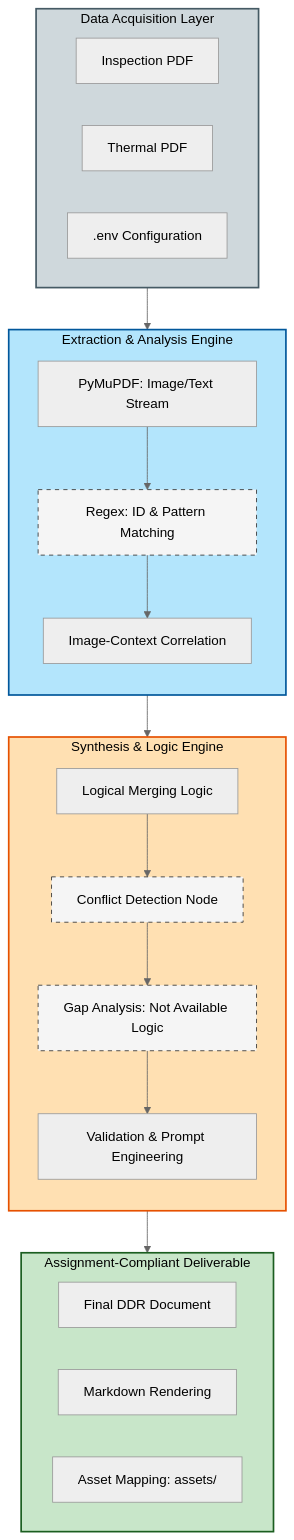
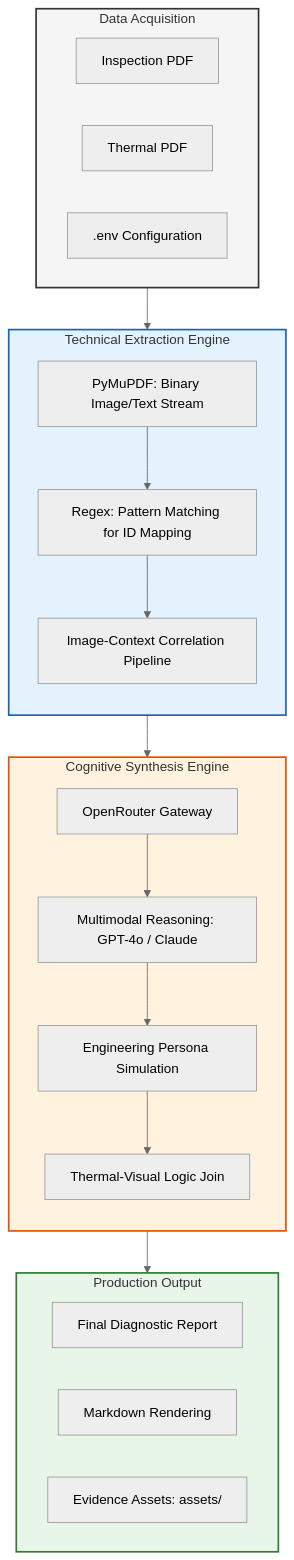
One commit to Aftab0904/Applied-AI-Builder changed the diagram in README.md. Above: the diagram before and after it, drawn with Mermaid (neutral theme). The commit also changed other lines of this file and 2 other files, not shown here.

````diff
--- a/README.md
+++ b/README.md
@@ -9,50 +9,46 @@
 ```mermaid
 graph TD
-    subgraph Input_Layer [Data Acquisition Layer]
+    subgraph Ingestion [Data Acquisition]
         I[Inspection PDF]
         T[Thermal PDF]
         ENV[.env Configuration]
     end
 
-    subgraph Processing_Layer [Extraction & Analysis Engine]
+    subgraph Parsing [Technical Extraction Engine]
         direction TB
-        MUP[PyMuPDF: Image/Text Stream]
-        REG[Regex: ID & Pattern Matching]
-        IMG[Image-Context Correlation]
+        MUP[PyMuPDF: Binary Image/Text Stream]
+        REG[Regex: Pattern Matching for ID Mapping]
+        IMG[Image-Context Correlation Pipeline]
         
         MUP --> REG
         REG --> IMG
     end
 
-    subgraph Reasoning_Layer [Synthesis & Logic Engine]
+    subgraph Reasoning [Cognitive Synthesis Engine]
         direction TB
-        ML[Logical Merging Logic]
-        CD[Conflict Detection Node]
-        GA[Gap Analysis: Not Available Logic]
-        VP[Validation & Prompt Engineering]
+        OR[OpenRouter Gateway]
+        LLM[Multimodal Reasoning: GPT-4o / Claude]
+        PER[Engineering Persona Simulation]
+        JOIN[Thermal-Visual Logic Join]
         
-        ML --> CD
-        CD --> GA
-        GA --> VP
+        OR --> LLM
+        LLM --> PER
+        PER --> JOIN
     end
 
-    subgraph Output_Layer [Assignment-Compliant Deliverable]
-        DDR[Final DDR Document]
+    subgraph Deliverable [Production Output]
+        DDR[Final Diagnostic Report]
         MD[Markdown Rendering]
-        AS[Asset Mapping: assets/]
+        AS[Evidence Assets: assets/]
     end
 
-    Input_Layer --> Processing_Layer
-    Processing_Layer --> Reasoning_Layer
-    Reasoning_Layer --> Output_Layer
+    Ingestion --> Parsing
+    Parsing --> Reasoning
+    Reasoning --> Deliverable
 
-    %% Styling for colorful boxes
-    style Input_Layer fill:#cfd8dc,stroke:#455a64,stroke-width:2px,color:#000
-    style Processing_Layer fill:#b3e5fc,stroke:#01579b,stroke-width:2px,color:#000
-    style Reasoning_Layer fill:#ffe0b2,stroke:#e65100,stroke-width:2px,color:#000
-    style Output_Layer fill:#c8e6c9,stroke:#1b5e20,stroke-width:2px,color:#000
-
-    %% Node styling
-    classDef engine fill:#f5f5f5,stroke:#333,stroke-dasharray: 5 5,color:#000;
-    class CD,GA,REG engine;
+    %% Advanced Styling
+    style Ingestion fill:#f5f5f5,stroke:#333,stroke-width:2px
+    style Parsing fill:#e3f2fd,stroke:#1565c0,stroke-width:2px
+    style Reasoning fill:#fff3e0,stroke:#e65100,stroke-width:2px
+    style Deliverable fill:#e8f5e9,stroke:#2e7d32,stroke-width:2px
 ```
````
